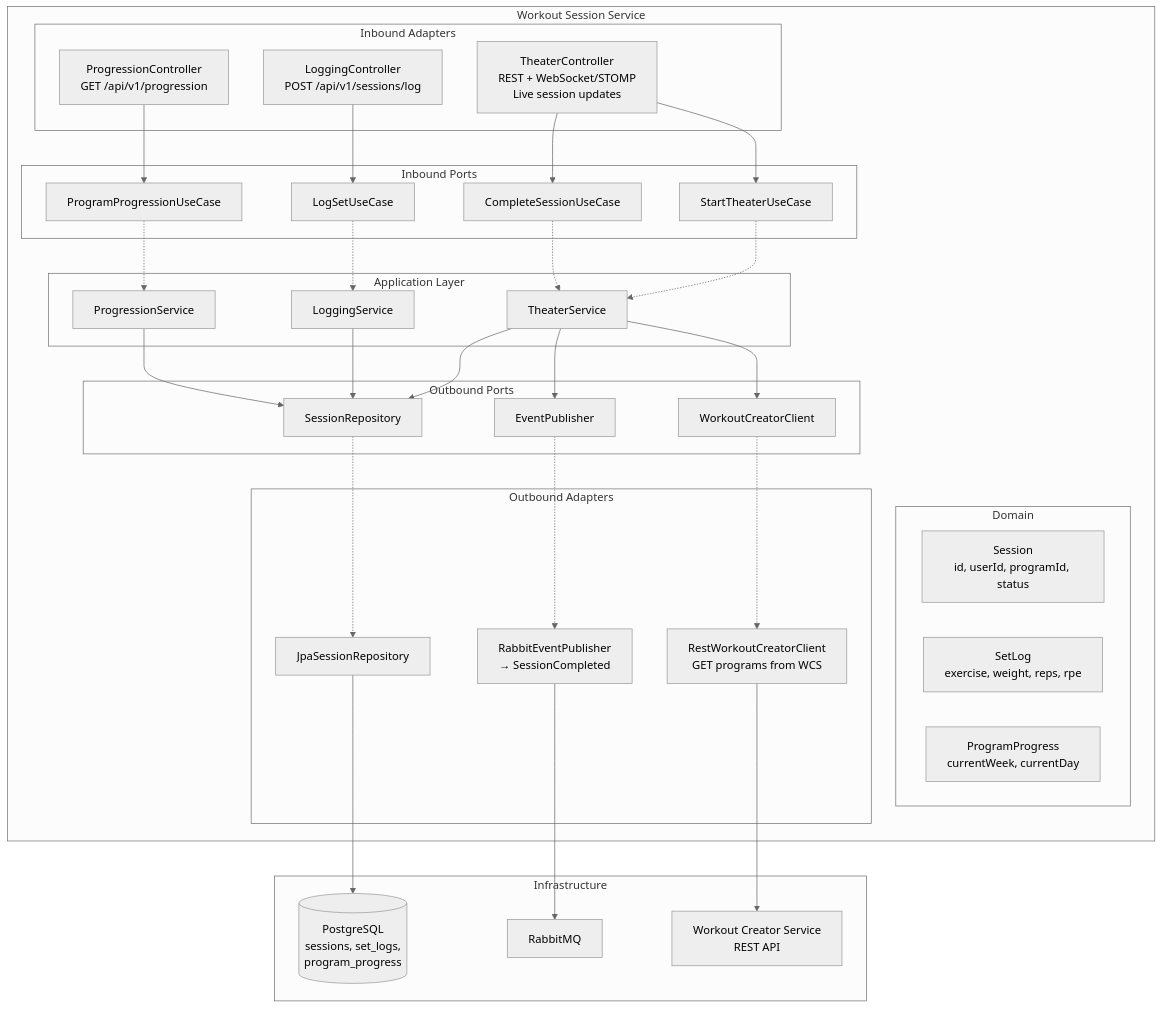
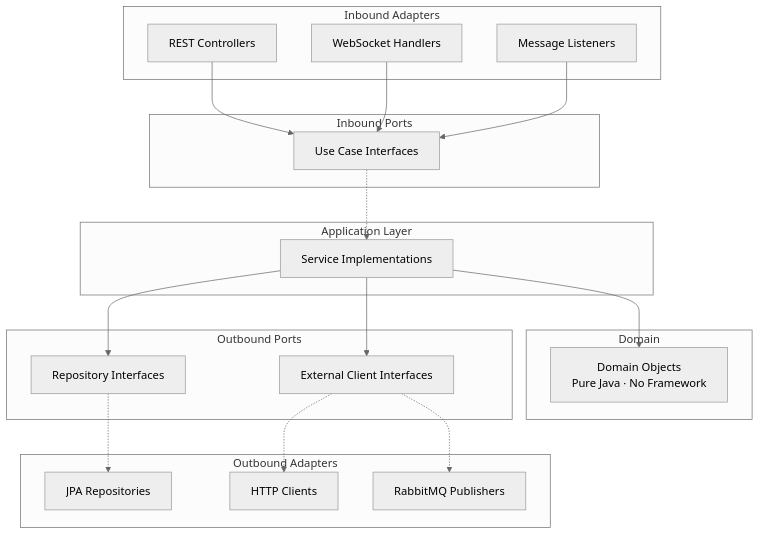
Before and after one commit to priyashR/gymTrainer: the fourth of 7 diagrams in docs/architecture-diagrams.md, drawn with Mermaid (neutral theme). The commit also changed other lines of this file, not shown here.

Commit message:
added architecture diagrams

````diff
--- a/docs/architecture-diagrams.md
+++ b/docs/architecture-diagrams.md
@@ -284,67 +169,42 @@
 ```mermaid
 graph TB
-    subgraph "Workout Session Service"
-        subgraph "Inbound Adapters"
-            TC[TheaterController<br/>REST + WebSocket/STOMP<br/>Live session updates]
-            LC[LoggingController<br/>POST /api/v1/sessions/log]
-            PC[ProgressionController<br/>GET /api/v1/progression]
-        end
-
-        subgraph "Inbound Ports"
-            STU[StartTheaterUseCase]
-            LSU[LogSetUseCase]
-            CSU[CompleteSessionUseCase]
-            PPU[ProgramProgressionUseCase]
-        end
-
-        subgraph "Application Layer"
-            TS[TheaterService]
-            LGS[LoggingService]
-            PS[ProgressionService]
-        end
-
-        subgraph "Domain"
-            SS[Session<br/>id, userId, programId, status]
-            SL[SetLog<br/>exercise, weight, reps, rpe]
-            PP[ProgramProgress<br/>currentWeek, currentDay]
-        end
-
-        subgraph "Outbound Ports"
-            SR[SessionRepository]
-            EP[EventPublisher]
-            WCC[WorkoutCreatorClient]
-        end
-
-        subgraph "Outbound Adapters"
-            JSR[JpaSessionRepository]
-            REP[RabbitEventPublisher<br/>→ SessionCompleted]
-            RCC[RestWorkoutCreatorClient<br/>GET programs from WCS]
-        end
+    subgraph "Inbound Adapters"
+        REST[REST Controllers]
+        WS[WebSocket Handlers]
+        MQ_IN[Message Listeners]
     end
 
-    subgraph "Infrastructure"
-        PG[(PostgreSQL<br/>sessions, set_logs,<br/>program_progress)]
-        RMQ[RabbitMQ]
-        WCS_API[Workout Creator Service<br/>REST API]
+    subgraph "Inbound Ports"
+        UC[Use Case Interfaces]
     end
 
-    TC --> STU & CSU
-    LC --> LSU
-    PC --> PPU
+    subgraph "Application Layer"
+        SVC[Service Implementations]
+    end
 
-    STU & CSU -.-> TS
-    LSU -.-> LGS
-    PPU -.-> PS
+    subgraph "Domain"
+        DOM[Domain Objects<br/>Pure Java · No Framework]
+    end
 
-    TS --> SR & EP & WCC
-    LGS --> SR
-    PS --> SR
+    subgraph "Outbound Ports"
+        REPO[Repository Interfaces]
+        EXT[External Client Interfaces]
+    end
 
-    SR -.-> JSR
-    EP -.-> REP
-    WCC -.-> RCC
+    subgraph "Outbound Adapters"
+        JPA[JPA Repositories]
+        HTTP[HTTP Clients]
+        MQ_OUT[RabbitMQ Publishers]
+    end
 
-    JSR --> PG
-    REP --> RMQ
-    RCC --> WCS_API
+    REST --> UC
+    WS --> UC
+    MQ_IN --> UC
+    UC -.-> SVC
+    SVC --> DOM
+    SVC --> REPO
+    SVC --> EXT
+    REPO -.-> JPA
+    EXT -.-> HTTP
+    EXT -.-> MQ_OUT
 ```
````
